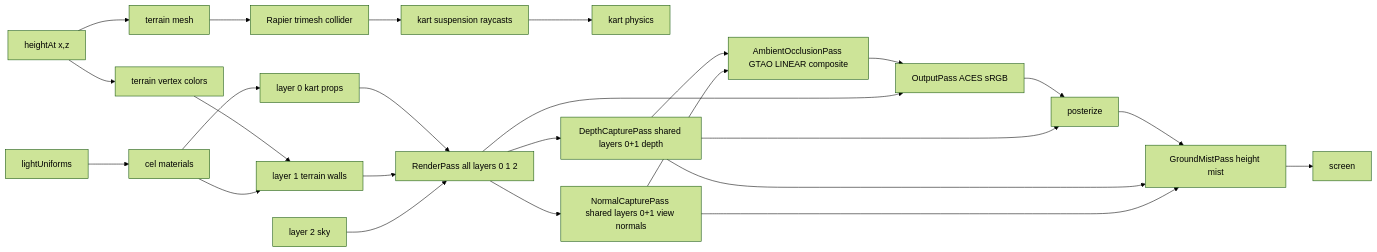
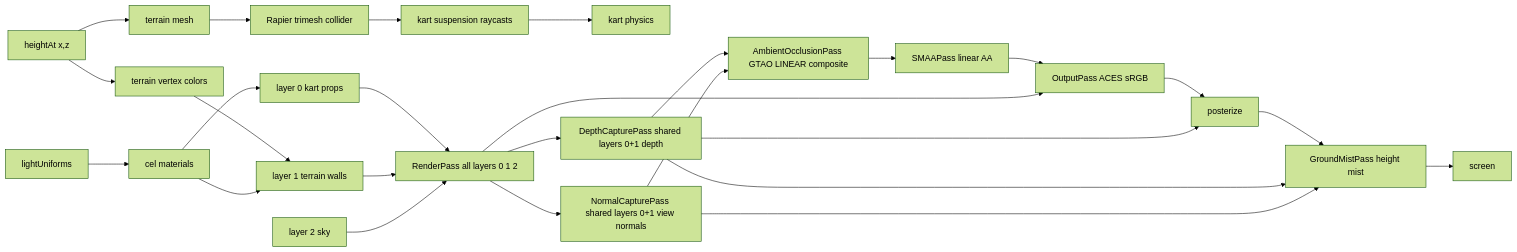
The diagram in docs/knowledge/data-flows/render-pipeline.md (jjgroenendijk/cart-game), drawn with Mermaid (forest theme) before and after one commit. The commit also changed other lines of this file and 9 other files, not shown here.

````diff
--- a/docs/knowledge/data-flows/render-pipeline.md
+++ b/docs/knowledge/data-flows/render-pipeline.md
@@ -11,27 +11,28 @@
 ```mermaid
 flowchart LR
   height[heightAt x,z] --> mesh[terrain mesh]
   height --> color[terrain vertex colors]
   mesh --> collider[Rapier trimesh collider]
   collider --> suspension[kart suspension raycasts]
   suspension --> kart[kart physics]
   color --> layer1[layer 1 terrain walls]
   light[lightUniforms] --> cel[cel materials]
   cel --> layer0[layer 0 kart props]
   cel --> layer1
   layer0 --> renderPass[RenderPass all layers 0 1 2]
   layer1 --> renderPass
   sky[layer 2 sky] --> renderPass
   renderPass --> depthCapture[DepthCapturePass shared layers 0+1 depth]
   renderPass --> normalCapture[NormalCapturePass shared layers 0+1 view normals]
   depthCapture --> ao[AmbientOcclusionPass GTAO LINEAR composite]
   normalCapture --> ao
-  ao --> output[OutputPass ACES sRGB]
+  ao --> smaa[SMAAPass linear AA]
+  smaa --> output[OutputPass ACES sRGB]
   renderPass --> output
   output --> posterize
   depthCapture --> posterize
   posterize --> mist[GroundMistPass height mist]
   depthCapture --> mist
   normalCapture --> mist
   mist --> screen[screen]
 ```
````
